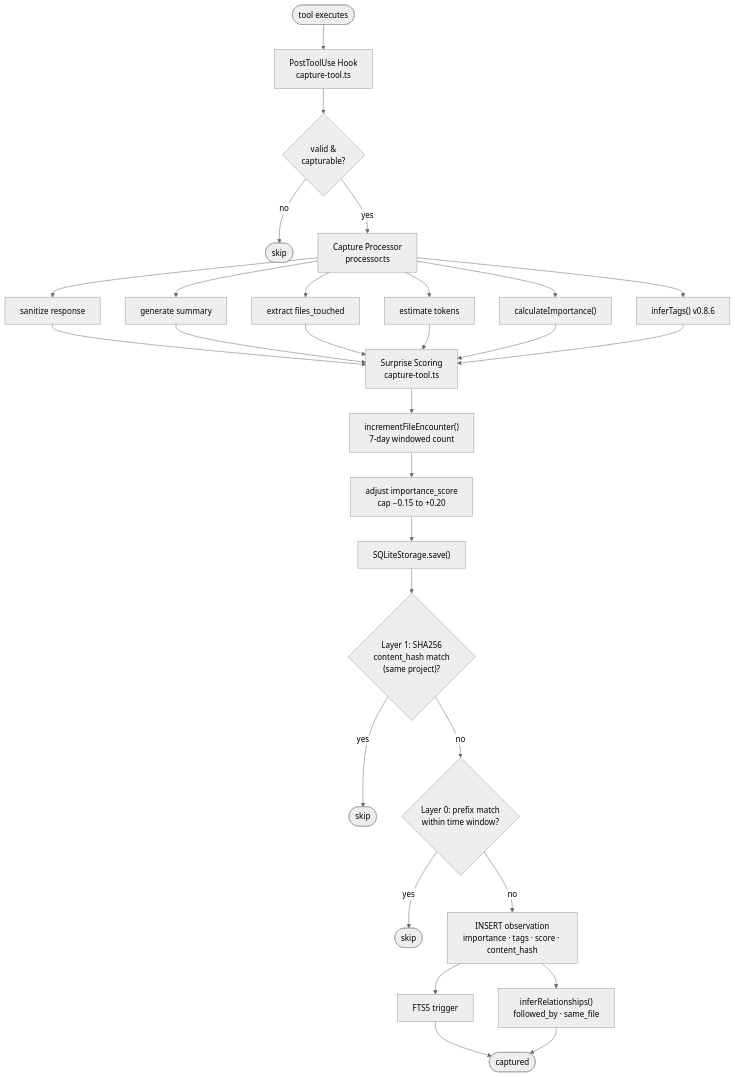
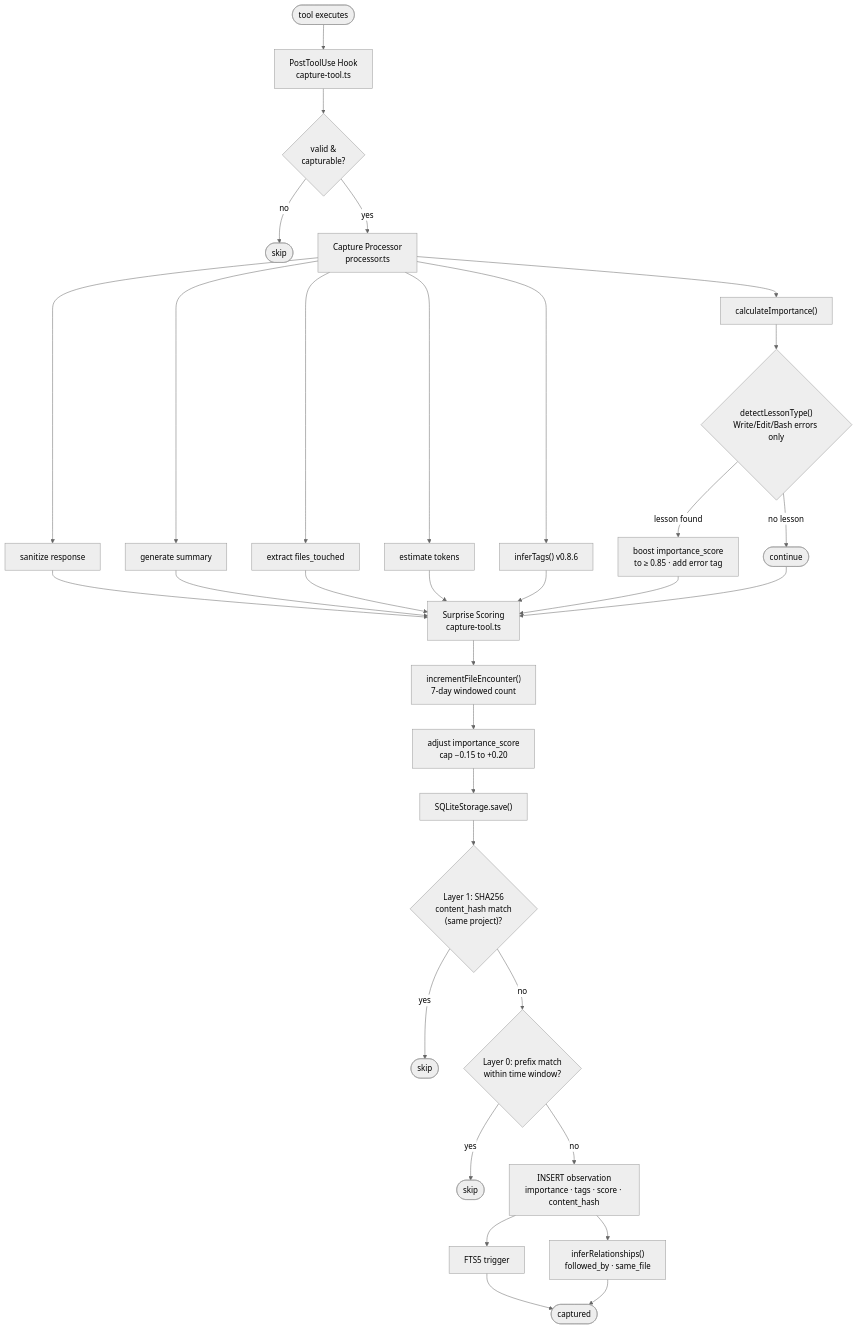
Before and after one commit to mrlesmithjr/claude-context-manager: the third of 7 diagrams in docs/ARCHITECTURE.md, drawn with Mermaid (neutral theme). The commit also changed other lines of this file and 9 other files, not shown here.

````diff
--- a/docs/ARCHITECTURE.md
+++ b/docs/ARCHITECTURE.md
@@ -534,28 +534,32 @@
 ```mermaid
 flowchart TD
     T([tool executes]) --> H["PostToolUse Hook\ncapture-tool.ts"]
     H --> V{valid &\ncapturable?}
     V -->|no| SK([skip])
     V -->|yes| P["Capture Processor\nprocessor.ts"]
 
     P --> P1[sanitize response]
     P --> P2[generate summary]
     P --> P3[extract files_touched]
     P --> P4[estimate tokens]
     P --> P5["calculateImportance()"]
     P --> P6["inferTags()  v0.8.6"]
 
-    P1 & P2 & P3 & P4 & P5 & P6 --> SUR["Surprise Scoring\ncapture-tool.ts"]
+    P5 --> LT{"detectLessonType()\nWrite/Edit/Bash errors only"}
+    LT -->|lesson found| LB["boost importance_score\nto ≥ 0.85 · add error tag"]
+    LT -->|no lesson| LN([continue])
+
+    P1 & P2 & P3 & P4 & P6 & LB & LN --> SUR["Surprise Scoring\ncapture-tool.ts"]
     SUR --> FE["incrementFileEncounter()\n7-day windowed count"]
     FE --> ADJ["adjust importance_score\ncap −0.15 to +0.20"]
 
     ADJ --> DB["SQLiteStorage.save()"]
     DB --> L1{"Layer 1: SHA256\ncontent_hash match\n(same project)?"}
     L1 -->|yes| SK2([skip])
     L1 -->|no| L0{"Layer 0: prefix match\nwithin time window?"}
     L0 -->|yes| SK3([skip])
     L0 -->|no| INS["INSERT observation\nimportance · tags · score · content_hash"]
     INS --> FTS[FTS5 trigger]
     INS --> REL["inferRelationships()\nfollowed_by · same_file"]
     FTS & REL --> DONE([captured])
 ```
````
